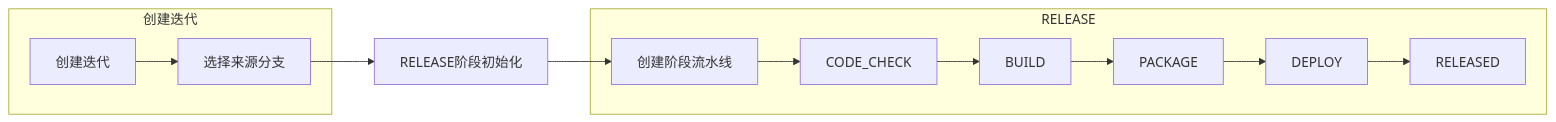
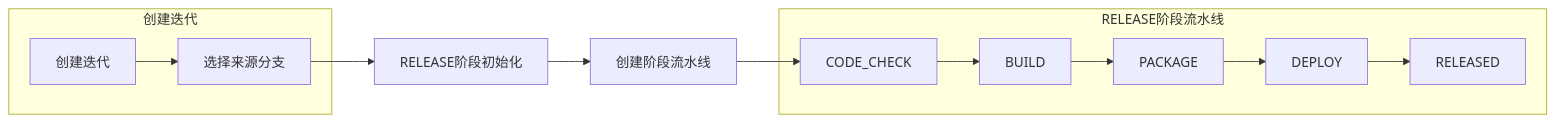
One commit to qdw497874677/high-code-doc changed the third of 8 diagrams in docs/plans/procode-platform/hld/hld.md. Above: the diagram before and after it, drawn with Mermaid. The commit also changed other lines of this file, not shown here.

Commit message:
docs: 修正流程图，创建阶段流水线移到subgraph外

````diff
--- a/docs/plans/procode-platform/hld/hld.md
+++ b/docs/plans/procode-platform/hld/hld.md
@@ -137,17 +137,17 @@
 ```mermaid
 flowchart LR
     subgraph 创建迭代
         A1[创建迭代] --> A2[选择来源分支]
     end
 
     A2 --> B0[RELEASE阶段初始化]
     B0 --> B1[创建阶段流水线]
+    B1 --> C1
 
-    subgraph RELEASE
-        B1 --> C1[CODE_CHECK]
-        C1 --> C2[BUILD]
+    subgraph RELEASE阶段流水线
+        C1[CODE_CHECK] --> C2[BUILD]
         C2 --> C3[PACKAGE]
         C3 --> C4[DEPLOY]
         C4 --> C5[RELEASED]
     end
 ```
````
